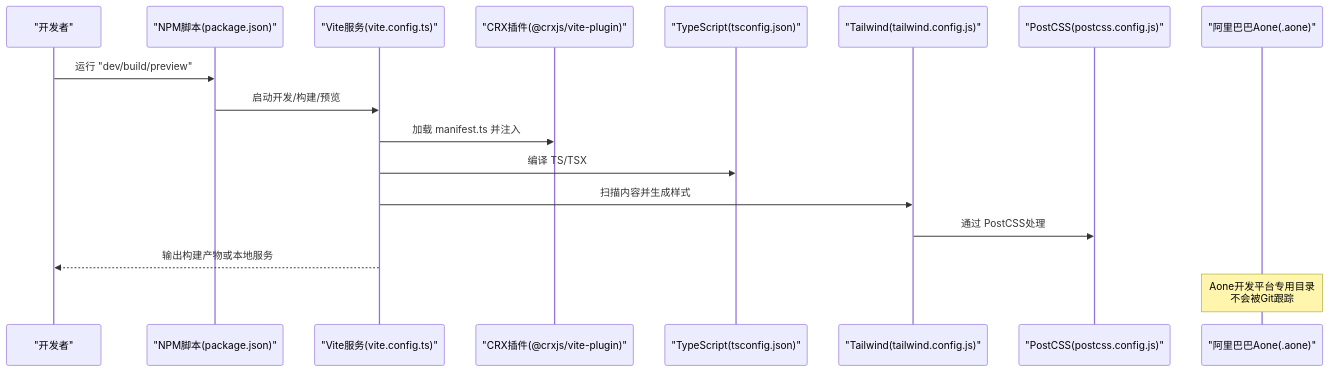
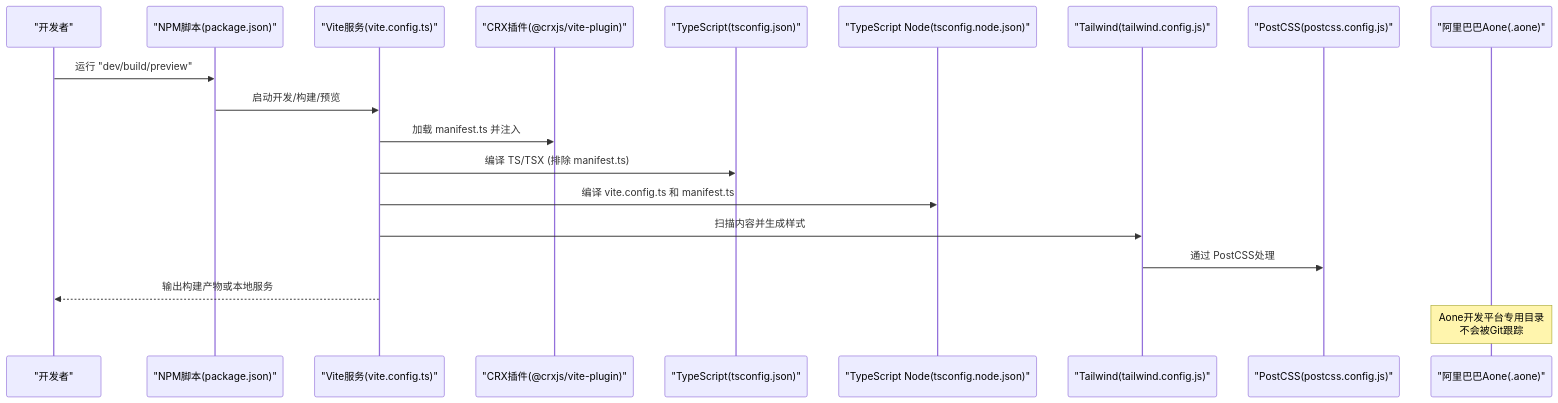
Before and after one commit to RadiumAg/bilibili-favorites: the second of 7 diagrams in .qoder/repowiki/zh/content/开发指南/构建配置详解.md, drawn with Mermaid. The commit also changed other lines of this file and 3 other files, not shown here.

````diff
--- a/.qoder/repowiki/zh/content/开发指南/构建配置详解.md
+++ b/.qoder/repowiki/zh/content/开发指南/构建配置详解.md
@@ -127,19 +129,21 @@
 ```mermaid
 sequenceDiagram
 participant Dev as "开发者"
 participant NPM as "NPM脚本(package.json)"
 participant Vite as "Vite服务(vite.config.ts)"
 participant CRX as "CRX插件(@crxjs/vite-plugin)"
 participant TS as "TypeScript(tsconfig.json)"
+participant TSNode as "TypeScript Node(tsconfig.node.json)"
 participant TW as "Tailwind(tailwind.config.js)"
 participant PC as "PostCSS(postcss.config.js)"
 participant Aone as "阿里巴巴Aone(.aone)"
 Dev->>NPM : 运行 "dev/build/preview"
 NPM->>Vite : 启动开发/构建/预览
 Vite->>CRX : 加载 manifest.ts 并注入
-Vite->>TS : 编译 TS/TSX
+Vite->>TS : 编译 TS/TSX (排除 manifest.ts)
+Vite->>TSNode : 编译 vite.config.ts 和 manifest.ts
 Vite->>TW : 扫描内容并生成样式
 TW->>PC : 通过 PostCSS处理
 Vite-->>Dev : 输出构建产物或本地服务
 Note over Aone : Aone开发平台专用目录<br/>不会被Git跟踪
 ```
````
